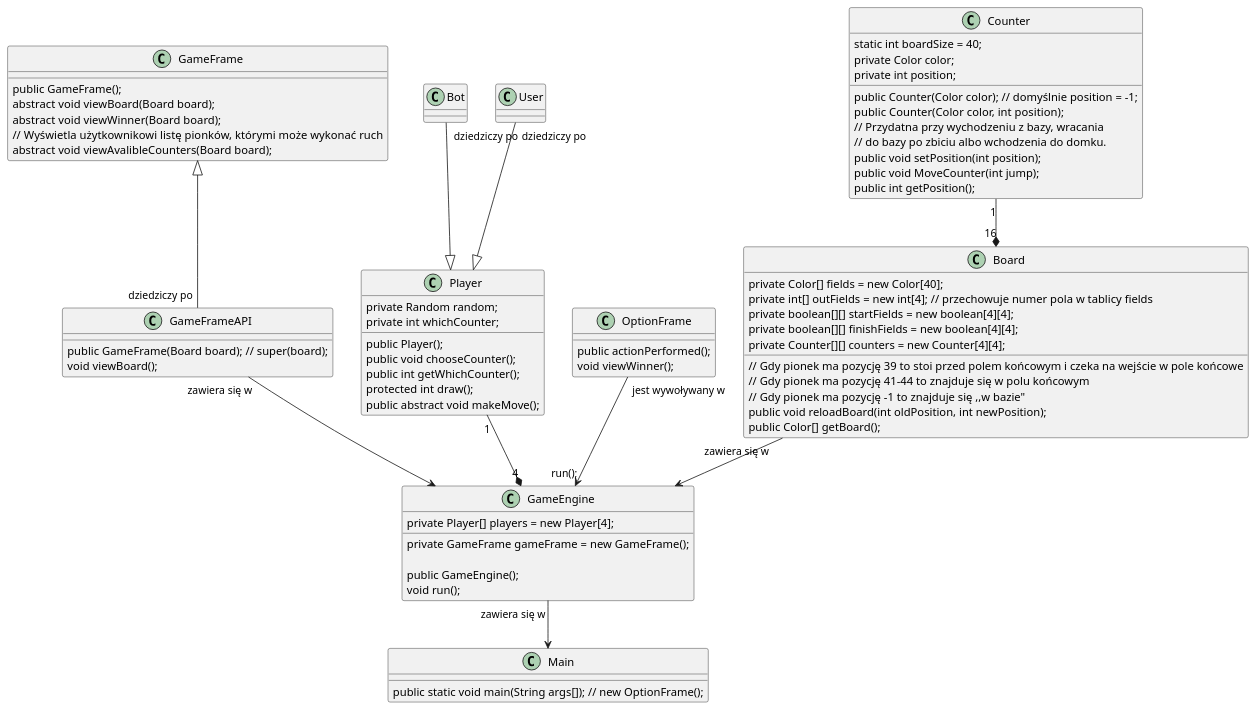
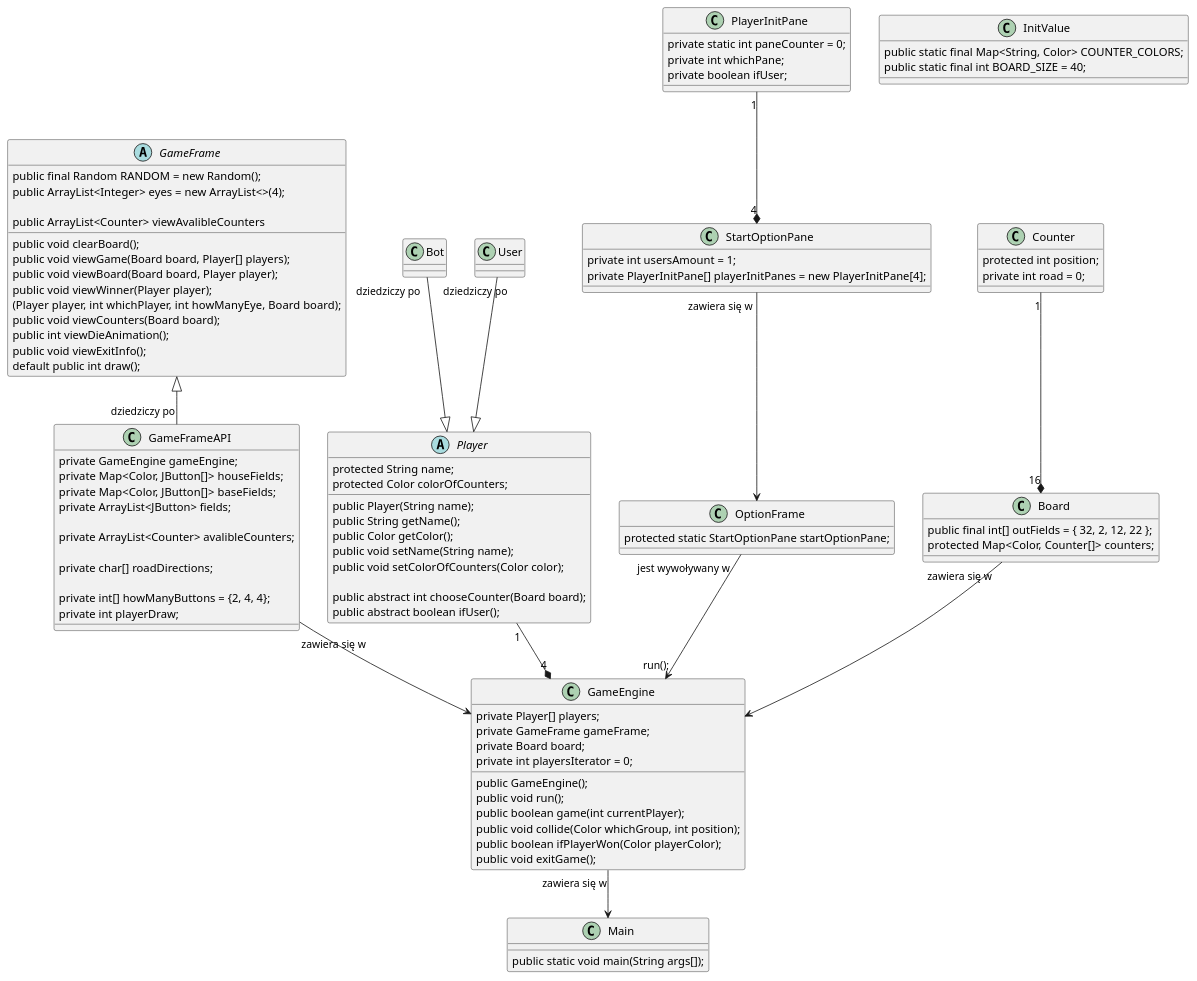
Before and after one commit to KrzychuK121/ChinczykJava: the diagram in schemat.plantuml, drawn with PlantUML. The commit also changed 29 other files, not shown here.

```diff
--- a/schemat.plantuml
+++ b/schemat.plantuml
@@ -1,94 +1,118 @@
 @startuml "Chińczyk"
 
-class Player{
-    private Random random;
-    private int whichCounter;
+abstract Player{
+    protected String name;
+    protected Color colorOfCounters;
     
-    public Player();
-    public void chooseCounter();
-    public int getWhichCounter();
-    protected int draw();
-    public abstract void makeMove();
+    public Player(String name);
+    public String getName();
+    public Color getColor();
+    public void setName(String name);
+    public void setColorOfCounters(Color color);
+
+    public abstract int chooseCounter(Board board);
+    public abstract boolean ifUser();
 }
 
 class Bot{
 
 }
 
 class User{
 
 }
 
 class GameEngine{
-    private Player[] players = new Player[4];
-    private GameFrame gameFrame = new GameFrame();
+    private Player[] players;
+    private GameFrame gameFrame;
+    private Board board;
+    private int playersIterator = 0;
 
     public GameEngine();
-    void run();
+    public void run();
+    public boolean game(int currentPlayer);
+    public void collide(Color whichGroup, int position);
+    public boolean ifPlayerWon(Color playerColor);
+    public void exitGame();
 }
 
-class GameFrame{
+abstract GameFrame{
+    {field} public final Random RANDOM = new Random();
+    {field} public ArrayList<Integer> eyes = new ArrayList<>(4);
 
-    public GameFrame();
-    abstract void viewBoard(Board board);
-    abstract void viewWinner(Board board);
-    {method}// Wyświetla użytkownikowi listę pionków, którymi może wykonać ruch
-    abstract void viewAvalibleCounters(Board board);
+    public void clearBoard();
+    public void viewGame(Board board, Player[] players);
+    public void viewBoard(Board board, Player player);
+    public void viewWinner(Player player);
+    public ArrayList<Counter> viewAvalibleCounters
+    (Player player, int whichPlayer, int howManyEye, Board board);
+    public void viewCounters(Board board);
+    public int viewDieAnimation();
+    public void viewExitInfo();
+    default public int draw();
 }
 
 class GameFrameAPI{
-    public GameFrame(Board board); // super(board);
-    void viewBoard();
+    private GameEngine gameEngine;
+    {field} private Map<Color, JButton[]> houseFields;
+    {field} private Map<Color, JButton[]> baseFields;
+    {field} private ArrayList<JButton> fields;
+    
+    private ArrayList<Counter> avalibleCounters;
+    
+    private char[] roadDirections;
+    
+    private int[] howManyButtons = {2, 4, 4};
+    private int playerDraw;
+}
+
+class InitValue{
+    {field} public static final Map<String, Color> COUNTER_COLORS;
+    {field} public static final int BOARD_SIZE = 40;
 }
 
 class OptionFrame{
-    public actionPerformed();
-    void viewWinner();
+    {field} protected static StartOptionPane startOptionPane;
+}
+
+class StartOptionPane{
+    private int usersAmount = 1;
+    private PlayerInitPane[] playerInitPanes = new PlayerInitPane[4];
+}
+
+class PlayerInitPane{
+    private static int paneCounter = 0;
+    private int whichPane;
+    private boolean ifUser;
 }
 
 class Main{
-    public static void main(String args[]); // new OptionFrame();
+    public static void main(String args[]);
 }
 
 class Counter{
-    static int boardSize = 40;
-    private Color color;
-    private int position;
-
-    public Counter(Color color); // domyślnie position = -1;
-    public Counter(Color color, int position);
-    {method}// Przydatna przy wychodzeniu z bazy, wracania
-    {method}// do bazy po zbiciu albo wchodzenia do domku.
-    public void setPosition(int position);
-    public void MoveCounter(int jump);
-    public int getPosition();
+    protected int position;
+    private int road = 0;
 }
 
 class Board{
-    private Color[] fields = new Color[40];
-    private int[] outFields = new int[4]; // przechowuje numer pola w tablicy fields
-    private boolean[][] startFields = new boolean[4][4];
-    private boolean[][] finishFields = new boolean[4][4];
-    {method}// Gdy pionek ma pozycję 39 to stoi przed polem końcowym i czeka na wejście w pole końcowe
-    {method}// Gdy pionek ma pozycję 41-44 to znajduje się w polu końcowym
-    {method}// Gdy pionek ma pozycję -1 to znajduje się ,,w bazie"
-    private Counter[][] counters = new Counter[4][4];
-
-    public void reloadBoard(int oldPosition, int newPosition);
-    public Color[] getBoard();
+    public final int[] outFields = { 32, 2, 12, 22 };
+    {field} protected Map<Color, Counter[]> counters;
 }
 
 Bot "dziedziczy po" --|> Player
 User "dziedziczy po" --|> Player
 
 GameFrameAPI "dziedziczy po" -up-|> GameFrame
 
 Player "1" --* "4" GameEngine
 
 GameEngine "zawiera się w" --> Main
+StartOptionPane "zawiera się w" --> OptionFrame
+PlayerInitPane "1" --* "4" StartOptionPane
 Counter "1" --* "16" Board
 Board "zawiera się w" --> GameEngine
 GameFrameAPI "zawiera się w" --> GameEngine
 OptionFrame "jest wywoływany w" --> "run();" GameEngine
 
 @enduml
```
